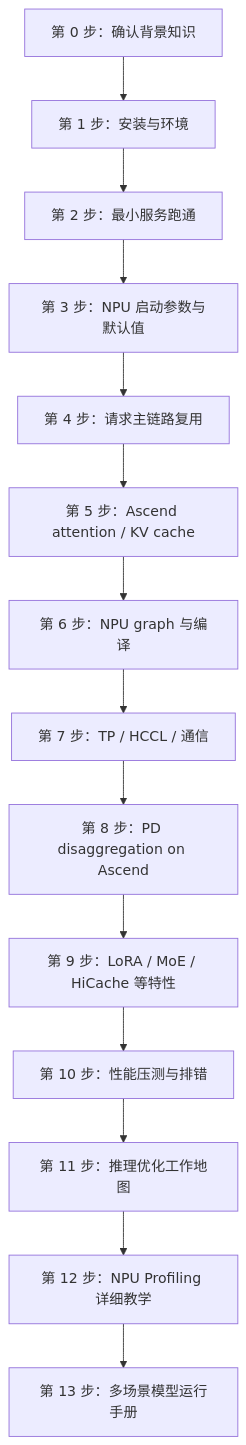
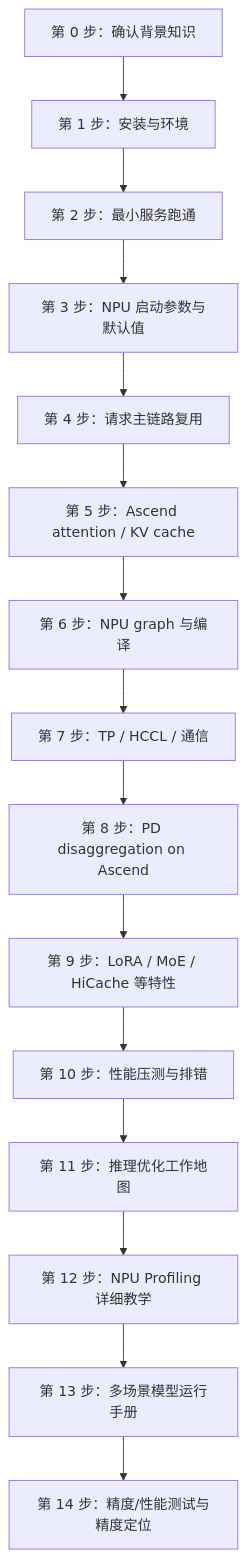
Before and after one commit to cl-vv-h/SGLang_Tutor: the first of 7 diagrams in learning/sglang-ascend-npu/README.md, drawn with Mermaid. The commit also changed other lines of this file and 1 other file, not shown here.

````diff
--- a/learning/sglang-ascend-npu/README.md
+++ b/learning/sglang-ascend-npu/README.md
@@ -13,16 +13,17 @@
 ```mermaid
 flowchart TD
   A["第 0 步：确认背景知识"] --> B["第 1 步：安装与环境"]
   B --> C["第 2 步：最小服务跑通"]
   C --> D["第 3 步：NPU 启动参数与默认值"]
   D --> E["第 4 步：请求主链路复用"]
   E --> F["第 5 步：Ascend attention / KV cache"]
   F --> G["第 6 步：NPU graph 与编译"]
   G --> H["第 7 步：TP / HCCL / 通信"]
   H --> I["第 8 步：PD disaggregation on Ascend"]
   I --> J["第 9 步：LoRA / MoE / HiCache 等特性"]
   J --> K["第 10 步：性能压测与排错"]
   K --> L["第 11 步：推理优化工作地图"]
   L --> M["第 12 步：NPU Profiling 详细教学"]
   M --> N["第 13 步：多场景模型运行手册"]
+  N --> O["第 14 步：精度/性能测试与精度定位"]
 ```
````
